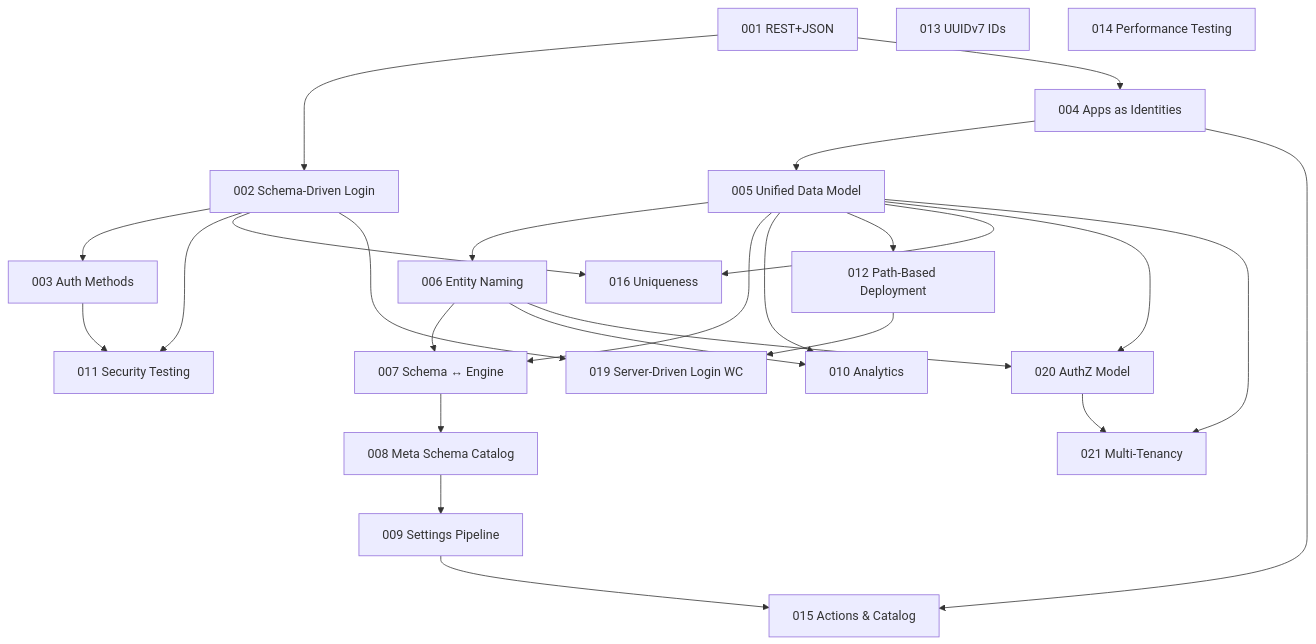
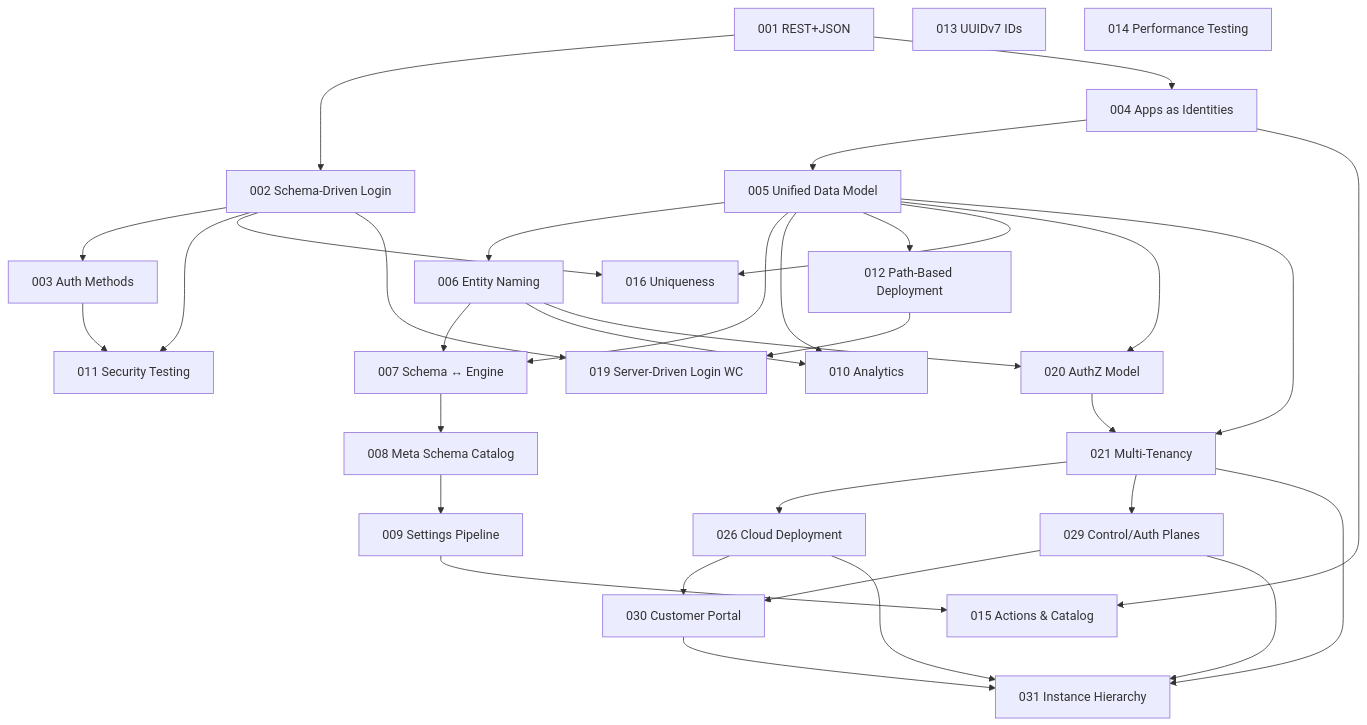
The diagram in docs/000-index.md (fforootd/hodor), drawn with Mermaid before and after one commit. The commit also changed other lines of this file and 317 other files, not shown here.

First line of the commit message:
Extract @zitadel/console-kit and add ADR-031 instance hierarchy

````diff
--- a/docs/000-index.md
+++ b/docs/000-index.md
@@ -80,29 +82,37 @@
 ```mermaid
 graph TD
     A001[001 REST+JSON] --> A002[002 Schema-Driven Login]
     A002 --> A003[003 Auth Methods]
     A001 --> A004[004 Apps as Identities]
     A004 --> A005[005 Unified Data Model]
     A005 --> A006[006 Entity Naming]
     A005 --> A007[007 Schema ↔ Engine]
     A006 --> A007
     A007 --> A008[008 Meta Schema Catalog]
     A008 --> A009[009 Settings Pipeline]
     A005 --> A010[010 Analytics]
     A006 --> A010
     A002 --> A011[011 Security Testing]
     A003 --> A011
     A005 --> A012[012 Path-Based Deployment]
     A013[013 UUIDv7 IDs]
     A014[014 Performance Testing]
     A009 --> A015[015 Actions & Catalog]
     A004 --> A015
     A002 --> A016[016 Uniqueness]
     A005 --> A016
     A002 --> A019[019 Server-Driven Login WC]
     A012 --> A019
     A005 --> A020[020 AuthZ Model]
     A006 --> A020
     A020 --> A021[021 Multi-Tenancy]
     A005 --> A021
+    A021 --> A026[026 Cloud Deployment]
+    A021 --> A029[029 Control/Auth Planes]
+    A026 --> A030[030 Customer Portal]
+    A029 --> A030
+    A030 --> A031[031 Instance Hierarchy]
+    A021 --> A031
+    A026 --> A031
+    A029 --> A031
 ```
````
